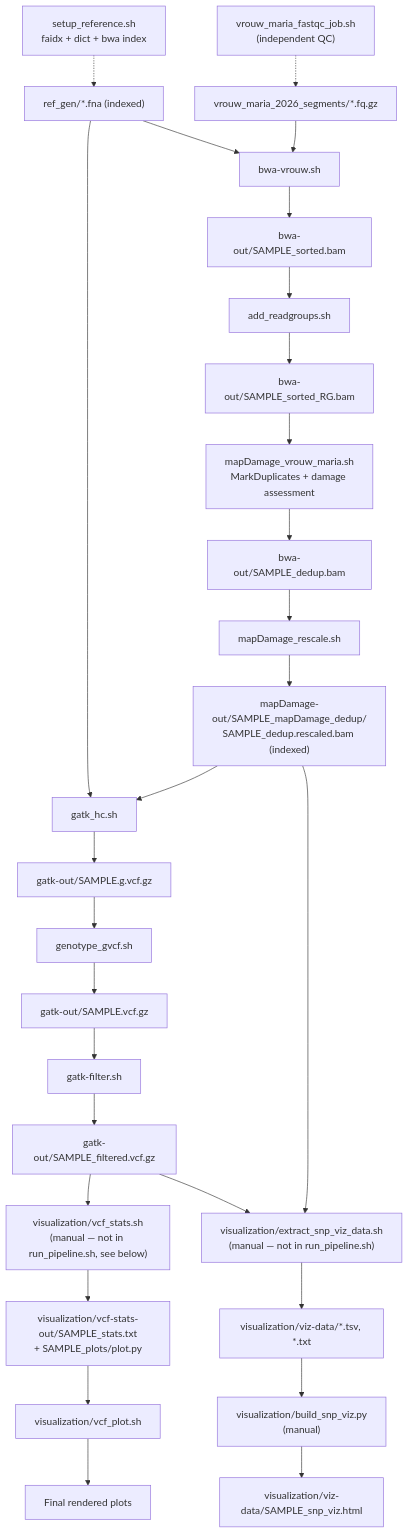
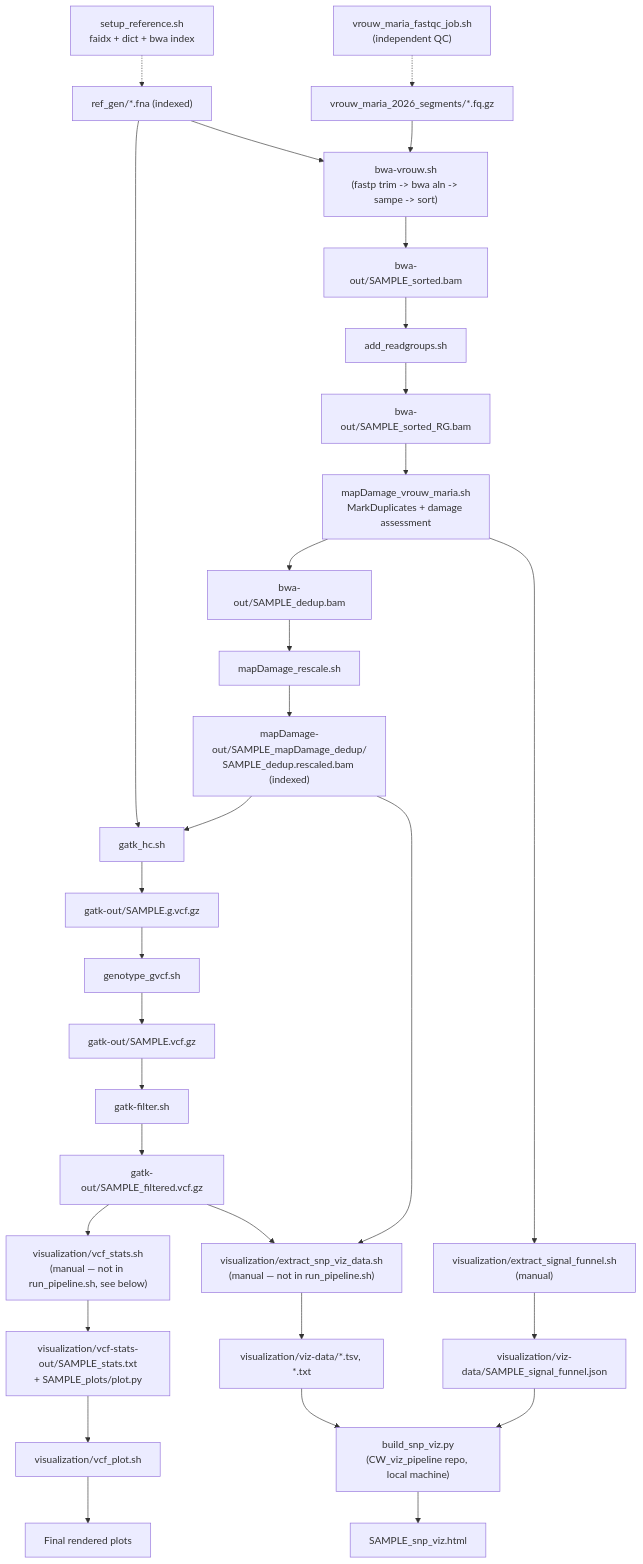
Before and after one commit to waahtoeerp/CW_viz_pipeline: the diagram in docs/PIPELINE.md, drawn with Mermaid. The commit also changed other lines of this file and 1 other file, not shown here.

First line of the commit message:
Refresh stale PIPELINE.md doc copy (Pipeline page was 4 weeks behind)

````diff
--- a/docs/PIPELINE.md
+++ b/docs/PIPELINE.md
@@ -5,30 +5,33 @@
 ```mermaid
 flowchart TD
     S["setup_reference.sh\nfaidx + dict + bwa index"] -.-> REF["ref_gen/*.fna (indexed)"]
     Z["vrouw_maria_fastqc_job.sh\n(independent QC)"] -.-> RAW["vrouw_maria_2026_segments/*.fq.gz"]
-    REF --> A["bwa-vrouw.sh"]
+    REF --> A["bwa-vrouw.sh\n(fastp trim -> bwa aln -> sampe -> sort)"]
     RAW --> A
     A --> B["bwa-out/SAMPLE_sorted.bam"]
     B --> G["add_readgroups.sh"]
     G --> H["bwa-out/SAMPLE_sorted_RG.bam"]
     H --> C["mapDamage_vrouw_maria.sh\nMarkDuplicates + damage assessment"]
     C --> D["bwa-out/SAMPLE_dedup.bam"]
     D --> E["mapDamage_rescale.sh"]
     E --> F["mapDamage-out/SAMPLE_mapDamage_dedup/\nSAMPLE_dedup.rescaled.bam (indexed)"]
     REF --> I
     F --> I["gatk_hc.sh"]
     I --> J["gatk-out/SAMPLE.g.vcf.gz"]
     J --> K["genotype_gvcf.sh"]
     K --> L["gatk-out/SAMPLE.vcf.gz"]
     L --> M["gatk-filter.sh"]
     M --> N["gatk-out/SAMPLE_filtered.vcf.gz"]
     N --> O["visualization/vcf_stats.sh\n(manual — not in run_pipeline.sh, see below)"]
     O --> P["visualization/vcf-stats-out/SAMPLE_stats.txt\n+ SAMPLE_plots/plot.py"]
     P --> Q["visualization/vcf_plot.sh"]
     Q --> R["Final rendered plots"]
     N --> X["visualization/extract_snp_viz_data.sh\n(manual — not in run_pipeline.sh)"]
     F --> X
     X --> Y["visualization/viz-data/*.tsv, *.txt"]
-    Y --> W["visualization/build_snp_viz.py\n(manual)"]
-    W --> V["visualization/viz-data/SAMPLE_snp_viz.html"]
+    C --> X2["visualization/extract_signal_funnel.sh\n(manual)"]
+    X2 --> Y2["visualization/viz-data/SAMPLE_signal_funnel.json"]
+    Y --> W["build_snp_viz.py\n(CW_viz_pipeline repo, local machine)"]
+    Y2 --> W
+    W --> V["SAMPLE_snp_viz.html"]
 ```
````
